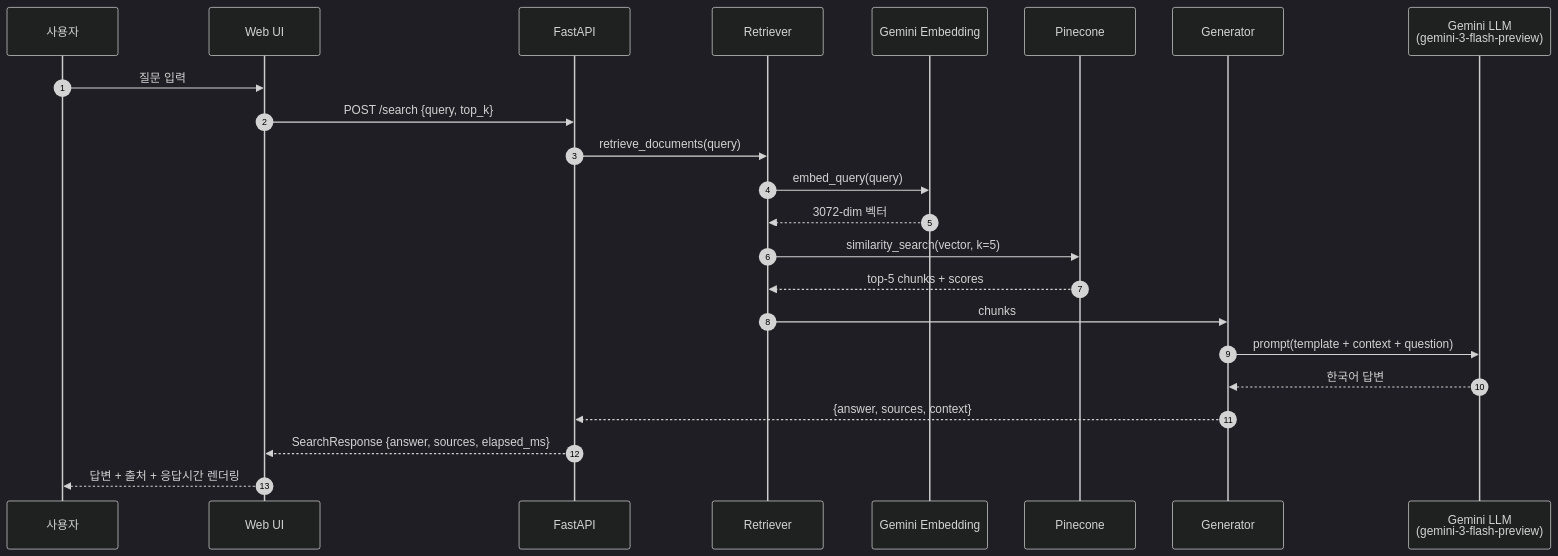
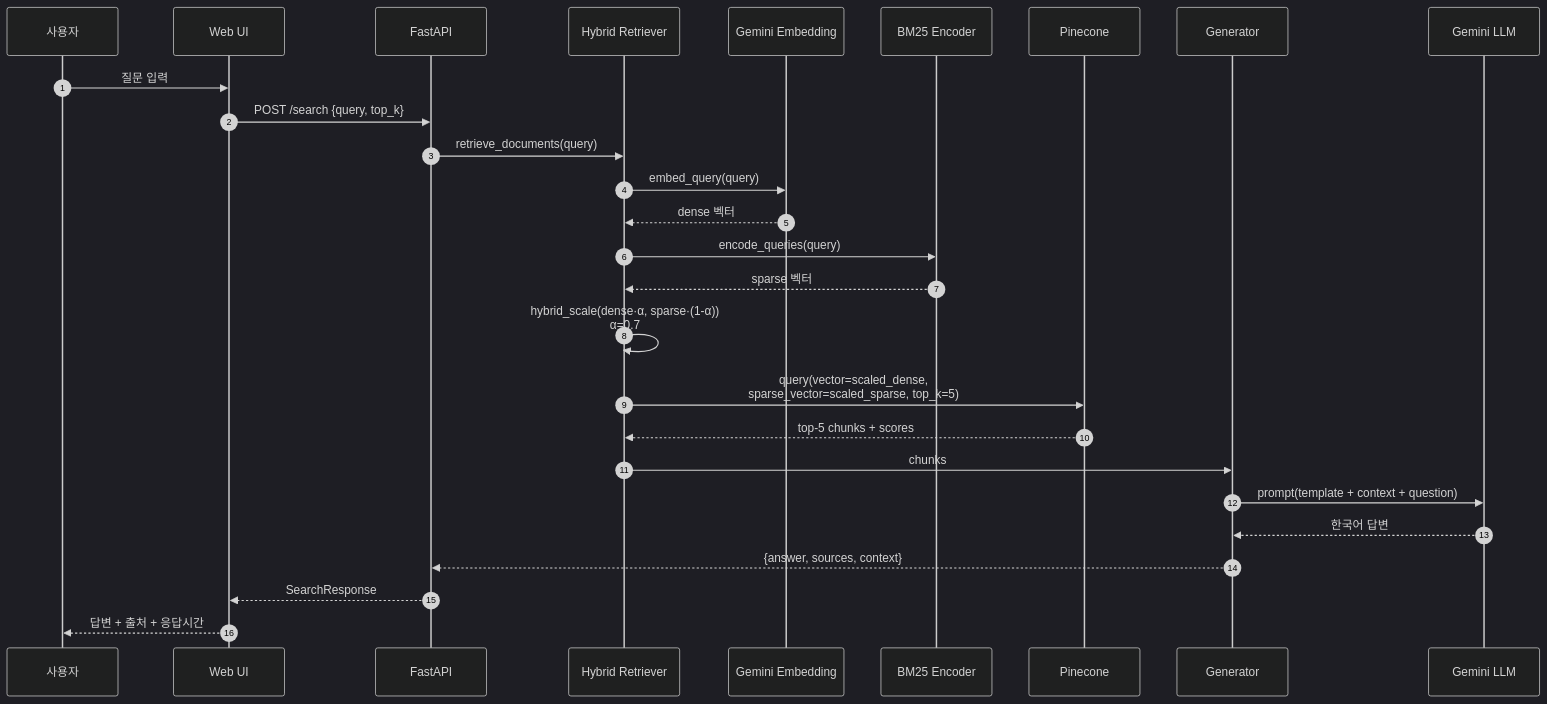
The third of 5 diagrams in ARCHITECTURE.md (trotoys/RAGproject), drawn with Mermaid (dark theme) before and after one commit. The commit also changed other lines of this file and 9 other files, not shown here.

````diff
--- a/ARCHITECTURE.md
+++ b/ARCHITECTURE.md
@@ -108,26 +123,30 @@
 ```mermaid
 sequenceDiagram
     autonumber
     participant U as 사용자
     participant UI as Web UI
     participant API as FastAPI
-    participant RT as Retriever
-    participant EM as Gemini Embedding
+    participant RT as Hybrid Retriever
+    participant DE as Gemini Embedding
+    participant BM25 as BM25 Encoder
     participant PC as Pinecone
     participant GN as Generator
-    participant LLM as Gemini LLM<br/>(gemini-3-flash-preview)
+    participant LLM as Gemini LLM
 
     U->>UI: 질문 입력
     UI->>API: POST /search {query, top_k}
     API->>RT: retrieve_documents(query)
-    RT->>EM: embed_query(query)
-    EM-->>RT: 3072-dim 벡터
-    RT->>PC: similarity_search(vector, k=5)
+    RT->>DE: embed_query(query)
+    DE-->>RT: dense 벡터
+    RT->>BM25: encode_queries(query)
+    BM25-->>RT: sparse 벡터
+    RT->>RT: hybrid_scale(dense·α, sparse·(1-α))<br/>α=0.7
+    RT->>PC: query(vector=scaled_dense,<br/>sparse_vector=scaled_sparse, top_k=5)
     PC-->>RT: top-5 chunks + scores
     RT->>GN: chunks
     GN->>LLM: prompt(template + context + question)
     LLM-->>GN: 한국어 답변
     GN-->>API: {answer, sources, context}
-    API-->>UI: SearchResponse {answer, sources, elapsed_ms}
-    UI-->>U: 답변 + 출처 + 응답시간 렌더링
+    API-->>UI: SearchResponse
+    UI-->>U: 답변 + 출처 + 응답시간
 ```
````
